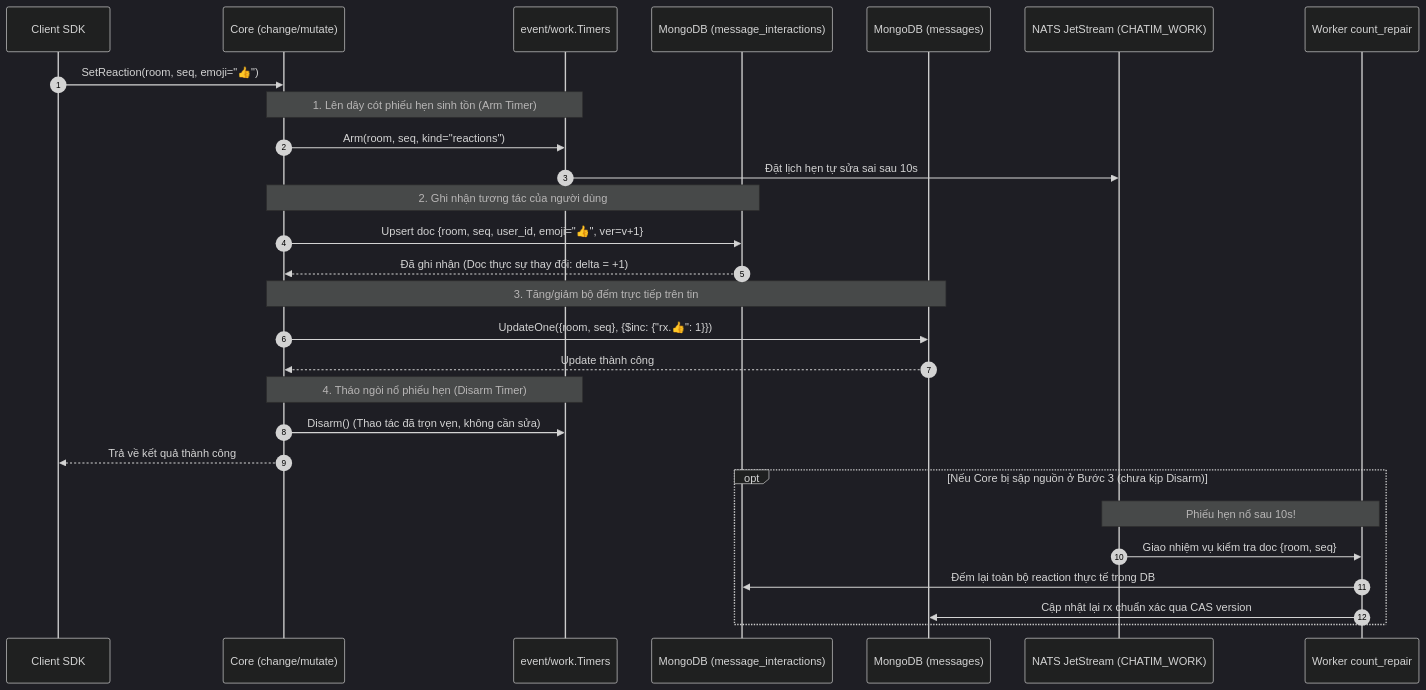
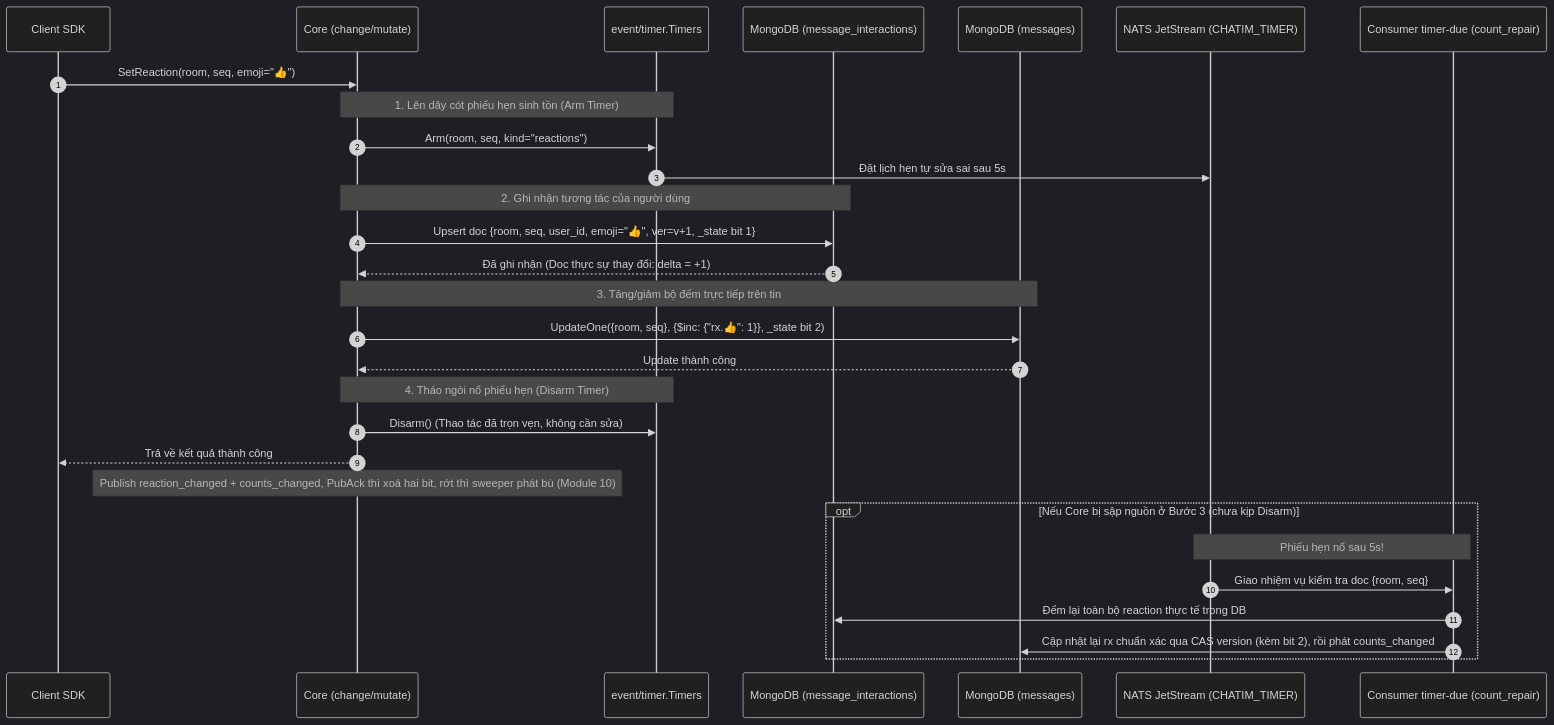
Before and after one commit to ivannguyendev/chatim: the second of 3 diagrams in docs/modules/04-feature-reactions-pins-and-bookmarks.md, drawn with Mermaid (dark theme). The commit also changed other lines of this file and 16 other files, not shown here.

````diff
--- a/docs/modules/04-feature-reactions-pins-and-bookmarks.md
+++ b/docs/modules/04-feature-reactions-pins-and-bookmarks.md
@@ -54,37 +54,38 @@
 ```mermaid
 sequenceDiagram
     autonumber
     participant Client as Client SDK
     participant Core as Core (change/mutate)
-    participant Timers as event/work.Timers
+    participant Timers as event/timer.Timers
     participant Inter as MongoDB (message_interactions)
     participant Msgs as MongoDB (messages)
-    participant WorkQ as NATS JetStream (CHATIM_WORK)
-    participant Worker as Worker count_repair
+    participant WorkQ as NATS JetStream (CHATIM_TIMER)
+    participant Worker as Consumer timer-due (count_repair)
 
     Client->>Core: SetReaction(room, seq, emoji="👍")
 
     Note over Core,Timers: 1. Lên dây cót phiếu hẹn sinh tồn (Arm Timer)
     Core->>Timers: Arm(room, seq, kind="reactions")
-    Timers->>WorkQ: Đặt lịch hẹn tự sửa sai sau 10s
+    Timers->>WorkQ: Đặt lịch hẹn tự sửa sai sau 5s
 
     Note over Core,Inter: 2. Ghi nhận tương tác của người dùng
-    Core->>Inter: Upsert doc {room, seq, user_id, emoji="👍", ver=v+1}
+    Core->>Inter: Upsert doc {room, seq, user_id, emoji="👍", ver=v+1, _state bit 1}
     Inter-->>Core: Đã ghi nhận (Doc thực sự thay đổi: delta = +1)
 
     Note over Core,Msgs: 3. Tăng/giảm bộ đếm trực tiếp trên tin
-    Core->>Msgs: UpdateOne({room, seq}, {$inc: {"rx.👍": 1}})
+    Core->>Msgs: UpdateOne({room, seq}, {$inc: {"rx.👍": 1}}, _state bit 2)
     Msgs-->>Core: Update thành công
 
     Note over Core,Timers: 4. Tháo ngòi nổ phiếu hẹn (Disarm Timer)
     Core->>Timers: Disarm() (Thao tác đã trọn vẹn, không cần sửa)
 
     Core-->>Client: Trả về kết quả thành công
+    Note over Core: Publish reaction_changed + counts_changed, PubAck thì xoá hai bit, rớt thì sweeper phát bù (Module 10)
 
     opt Nếu Core bị sập nguồn ở Bước 3 (chưa kịp Disarm)
-        Note over WorkQ,Worker: Phiếu hẹn nổ sau 10s!
+        Note over WorkQ,Worker: Phiếu hẹn nổ sau 5s!
         WorkQ->>Worker: Giao nhiệm vụ kiểm tra doc {room, seq}
         Worker->>Inter: Đếm lại toàn bộ reaction thực tế trong DB
-        Worker->>Msgs: Cập nhật lại rx chuẩn xác qua CAS version
+        Worker->>Msgs: Cập nhật lại rx chuẩn xác qua CAS version (kèm bit 2), rồi phát counts_changed
     end
 ```
````
